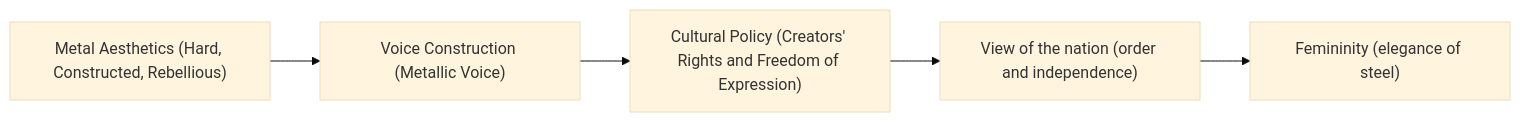
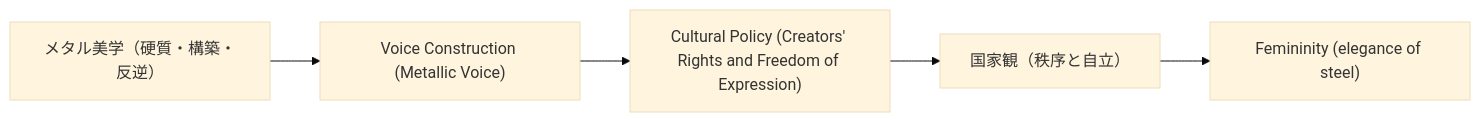
One commit to monumental-movement/monumental-movement.github.io changed the third of 3 diagrams in en/_posts/2025-10-25-column-takaichi-metal.md. Above: the diagram before and after it, drawn with Mermaid (base theme). The commit also changed other lines of this file and 2196 other files, not shown here.

```diff
--- a/en/_posts/2025-10-25-column-takaichi-metal.md
+++ b/en/_posts/2025-10-25-column-takaichi-metal.md
@@ -157,12 +156,12 @@
 <div class="mermaid">
     
 flowchart LR
-    A["Metal Aesthetics (Hard, Constructed, Rebellious)"]
+    A["メタル美学（硬質・構築・反逆）"]
     B["Voice Construction (Metallic Voice)"]
     C["Cultural Policy (Creators' Rights and Freedom of Expression)"]
-    D["View of the nation (order and independence)"]
+    D["国家観（秩序と自立）"]
     E["Femininity (elegance of steel)"]
 
     A --> B --> C --> D --> E
 
 </div>
```
